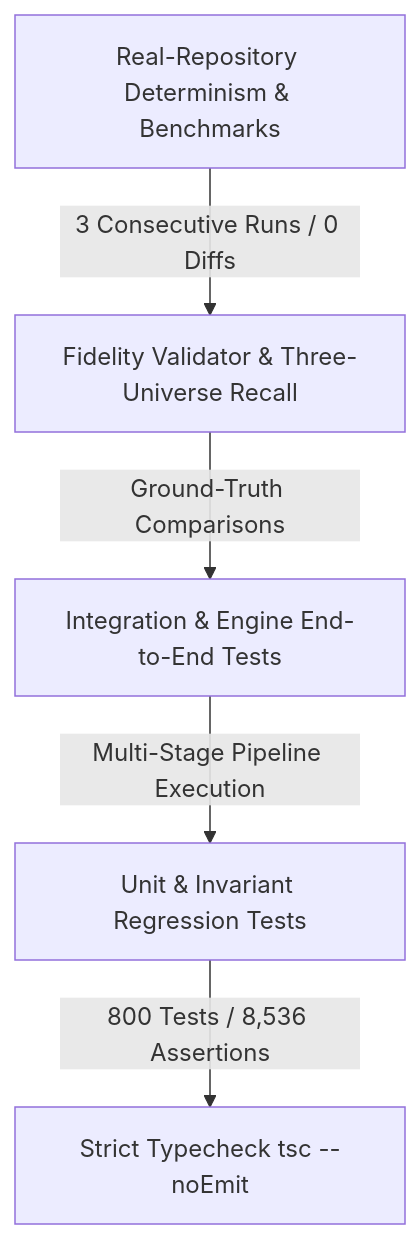
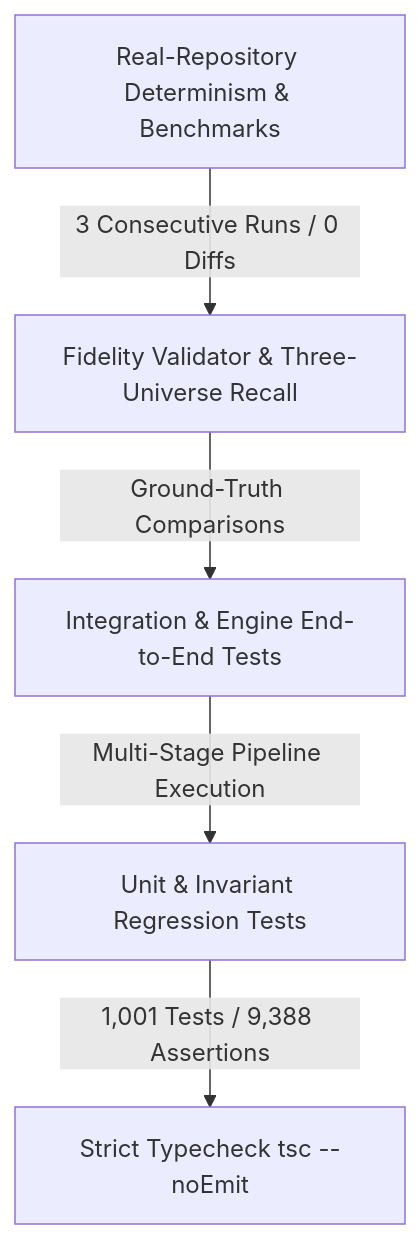
One commit to raitaskeen/LegacyExodus changed the diagram in docs/development/testing-strategy.md. Above: the diagram before and after it, drawn with Mermaid. The commit also changed other lines of this file and 11 other files, not shown here.

First line of the commit message:
docs(architecture): reconcile documentation with current implementation

````diff
--- a/docs/development/testing-strategy.md
+++ b/docs/development/testing-strategy.md
@@ -9,7 +9,7 @@
 ```mermaid
 flowchart TD
     A["Real-Repository Determinism & Benchmarks"] -->|3 Consecutive Runs / 0 Diffs| B["Fidelity Validator & Three-Universe Recall"]
     B -->|Ground-Truth Comparisons| C["Integration & Engine End-to-End Tests"]
     C -->|Multi-Stage Pipeline Execution| D["Unit & Invariant Regression Tests"]
-    D -->|800 Tests / 8,536 Assertions| E["Strict Typecheck tsc --noEmit"]
+    D -->|1,001 Tests / 9,388 Assertions| E["Strict Typecheck tsc --noEmit"]
 ```
````
